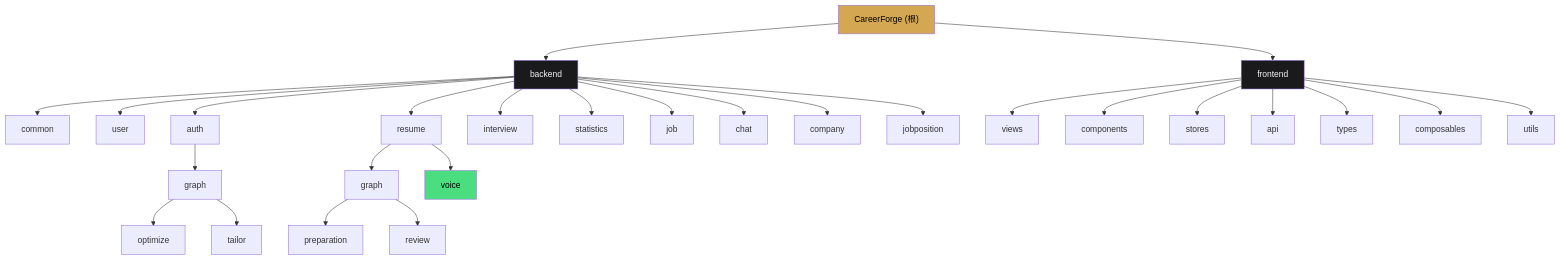
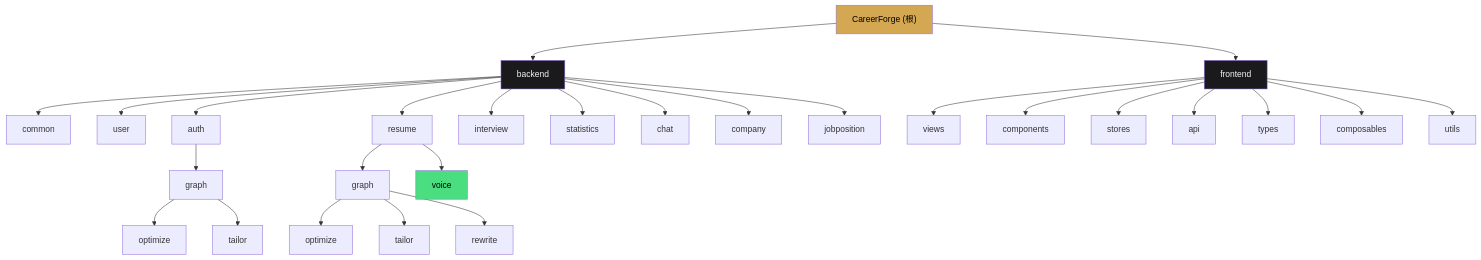
Before and after one commit to AzirZsk/CareerForge: the diagram in CLAUDE.md, drawn with Mermaid. The commit also changed other lines of this file and 2 other files, not shown here.

````diff
--- a/CLAUDE.md
+++ b/CLAUDE.md
@@ -72,41 +73,41 @@
 ```mermaid
 graph TD
     A["CareerForge (根)"] --> B["backend"]
     A --> C["frontend"]
 
     B --> B1["common"]
     B --> B2["user"]
     B --> B3["auth"]
     B --> B4["resume"]
     B --> B5["interview"]
     B --> B6["statistics"]
-    B --> B7["job"]
     B --> B8["chat"]
     B --> B9["company"]
     B --> B10["jobposition"]
 
     B3 --> B3a["graph"]
     B3a --> B3a1["optimize"]
     B3a --> B3a2["tailor"]
 
     B4 --> B4a["graph"]
-    B4a --> B4a1["preparation"]
-    B4a --> B4a2["review"]
+    B4a --> B4a1["optimize"]
+    B4a --> B4a2["tailor"]
+    B4a --> B4a3["rewrite"]
     B4 --> B4b["voice"]
 
     C --> C1["views"]
     C --> C2["components"]
     C --> C3["stores"]
     C --> C4["api"]
     C --> C5["types"]
     C --> C6["composables"]
     C --> C7["utils"]
 
     click B "./backend/CLAUDE.md" "查看 backend 模块文档"
     click C "./frontend/CLAUDE.md" "查看 frontend 模块文档"
 
     style A fill:#d4a853,color:#000
     style B fill:#1a1a1d,color:#f4f4f5
     style C fill:#1a1a1d,color:#f4f4f5
     style B4b fill:#4ade80,color:#000
 ```
````
